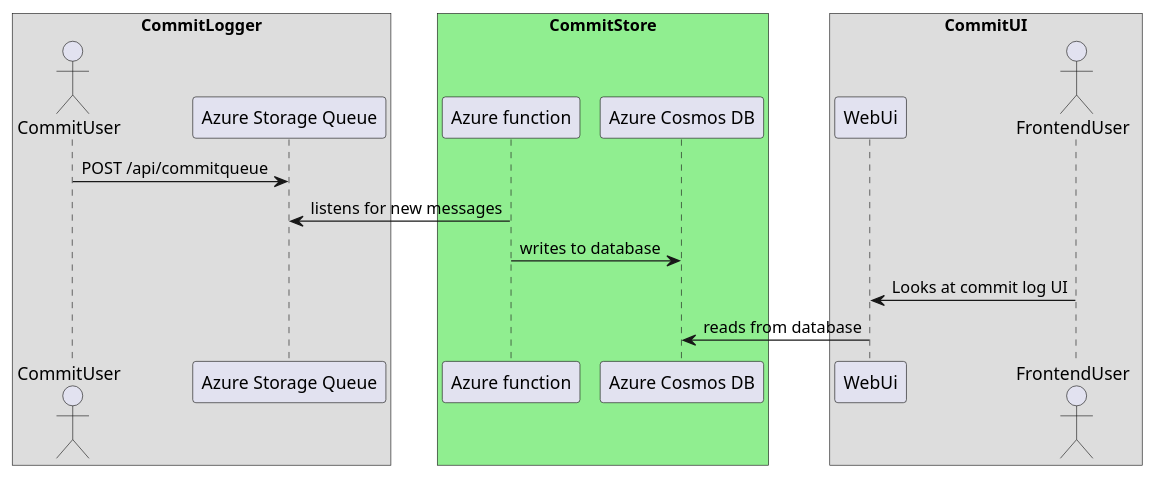
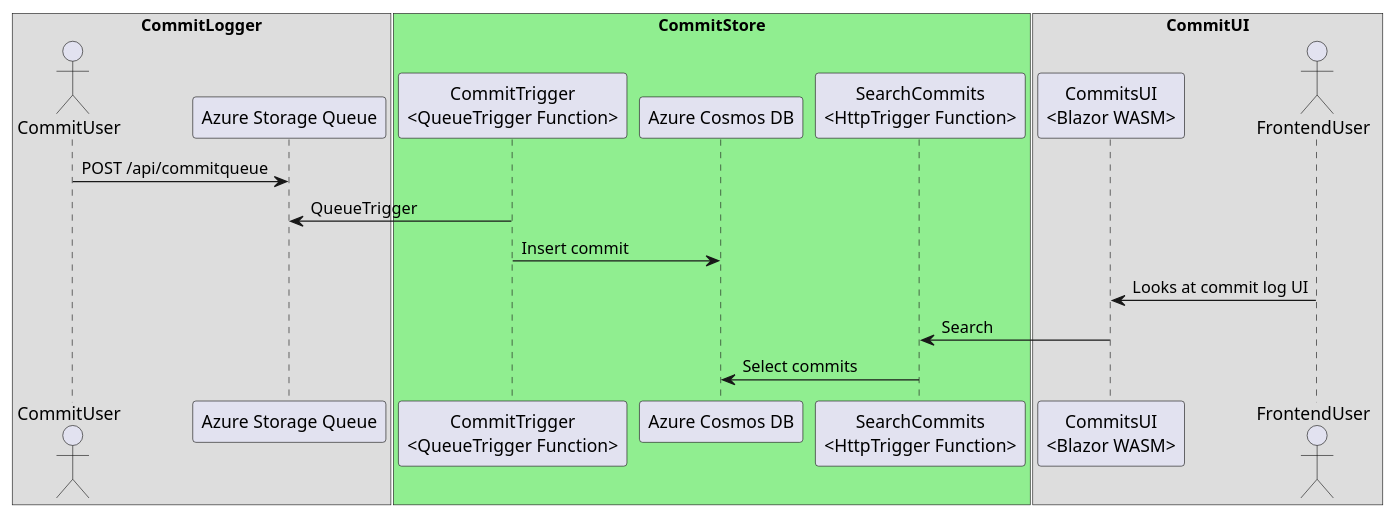
Before and after one commit to dalager/gitcommitstore: the diagram in docs/big_picture_diagram.puml, drawn with PlantUML. The commit also changed 1 other file, not shown here.

Commit message:
Diagram update

```diff
--- a/docs/big_picture_diagram.puml
+++ b/docs/big_picture_diagram.puml
@@ -1,20 +1,25 @@
 @startuml big_picture_diagram
 
 box "CommitLogger"
 Actor "CommitUser" as U
 Participant "Azure Storage Queue" as Q
 end box
+
 box "CommitStore" #LightGreen
-Participant "Azure function" as F
+Participant "CommitTrigger\n<QueueTrigger Function>" as commitTrigger
 Participant "Azure Cosmos DB" as Db
+Participant "SearchCommits\n<HttpTrigger Function>" as searchFunc
 end box
+
 box "CommitUI"
-Participant "WebUi" as W
+Participant "CommitsUI\n<Blazor WASM>" as W
 Actor "FrontendUser" as FU
 end box
 U -> Q: POST /api/commitqueue
-F -> Q: listens for new messages
-F -> Db : writes to database
+commitTrigger -> Q: QueueTrigger
+commitTrigger -> Db : Insert commit
 FU -> W: Looks at commit log UI
-W -> Db : reads from database
+W -> searchFunc : Search
+searchFunc -> Db : Select commits
+
 @enduml
```
